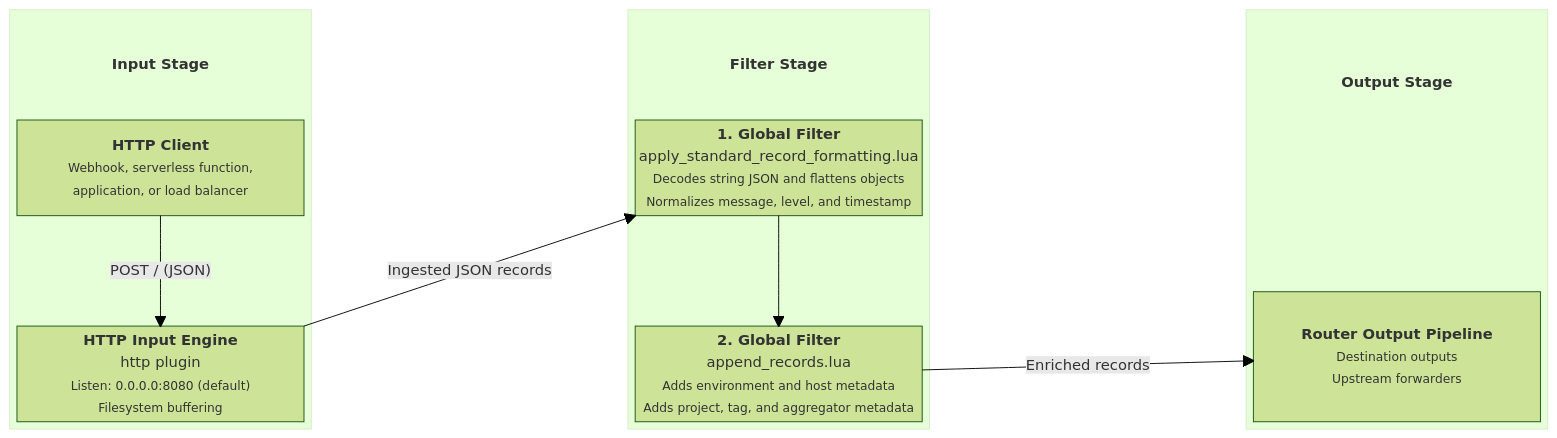
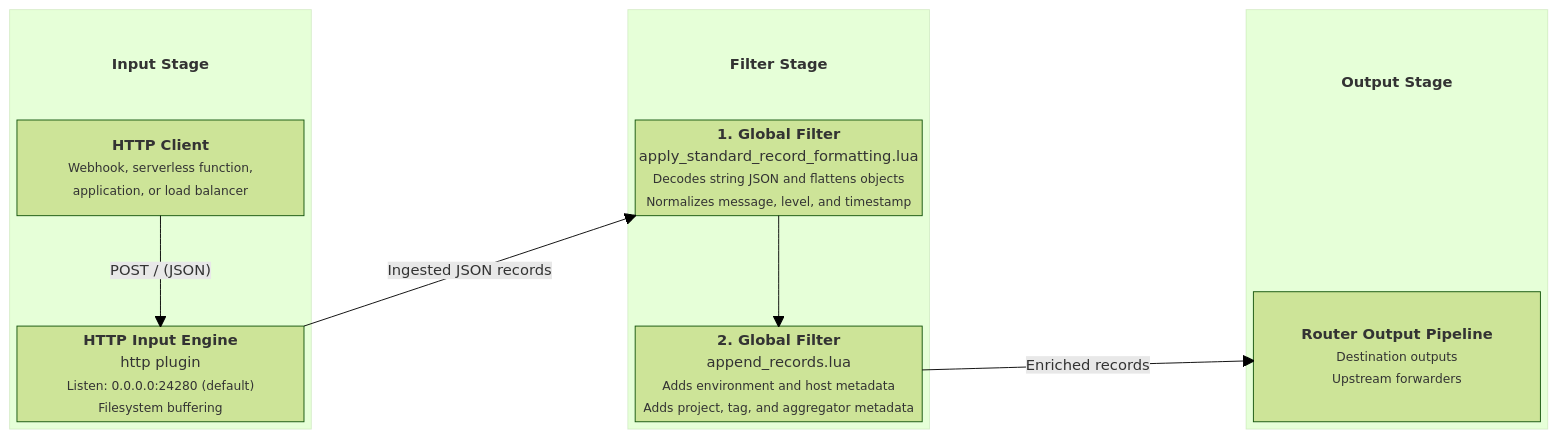
The diagram in docs/input-http.md (Josh5/fluent-bit-router), drawn with Mermaid (forest theme) before and after one commit. The commit also changed other lines of this file and 8 other files, not shown here.

````diff
--- a/docs/input-http.md
+++ b/docs/input-http.md
@@ -45,40 +45,40 @@
 ```mermaid
 block-beta
     columns 5
 
     block:InputStage
         columns 1
         InputTitle["<b>Input Stage</b>"]
         A["<b>HTTP Client</b><br/><small>Webhook, serverless function,<br/>application, or load balancer</small>"]
         space
-        B["<b>HTTP Input Engine</b><br/>http plugin<br/><small>Listen: 0.0.0.0:8080 (default)<br/>Filesystem buffering</small>"]
+        B["<b>HTTP Input Engine</b><br/>http plugin<br/><small>Listen: 0.0.0.0:24280 (default)<br/>Filesystem buffering</small>"]
     end
 
     space
 
     block:FilterStage
         columns 1
         FilterTitle["<b>Filter Stage</b>"]
         C["<b>1. Global Filter</b><br/>apply_standard_record_formatting.lua<br/><small>Decodes string JSON and flattens objects<br/>Normalizes message, level, and timestamp</small>"]
         space
         D["<b>2. Global Filter</b><br/>append_records.lua<br/><small>Adds environment and host metadata<br/>Adds project, tag, and aggregator metadata</small>"]
     end
 
     space
 
     block:OutputStage
         columns 1
         OutputTitle["<b>Output Stage</b>"]
         space
         E["<b>Router Output Pipeline</b><br/><small>Destination outputs<br/>Upstream forwarders</small>"]
     end
 
     A -- "POST / (JSON)" --> B
     B -- "Ingested JSON records" --> C
     C --> D
     D -- "Enriched records" --> E
 
     style InputTitle fill:none,stroke:none
     style FilterTitle fill:none,stroke:none
     style OutputTitle fill:none,stroke:none
 ```
````
